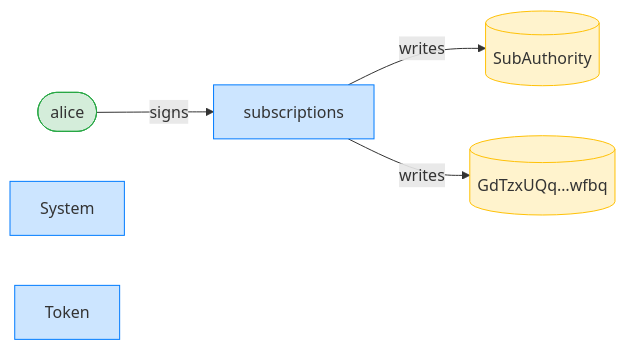
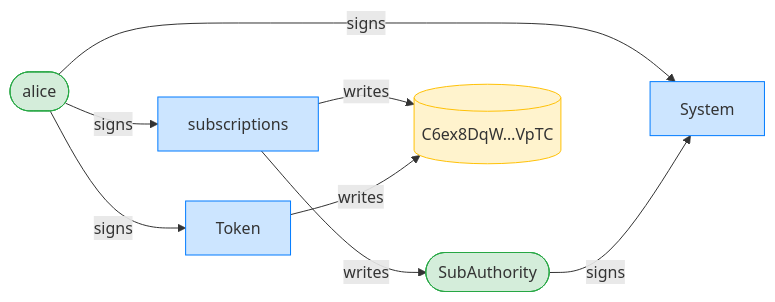
One commit to cds-rs/subscriptions changed the third of 12 diagrams in dsl_tests/a-sponsor-cannot-revoke-an-active-subscription.md. Above: the diagram before and after it, drawn with Mermaid. The commit also changed other lines of this file and 224 other files, not shown here.

````diff
--- a/dsl_tests/a-sponsor-cannot-revoke-an-active-subscription.md
+++ b/dsl_tests/a-sponsor-cannot-revoke-an-active-subscription.md
@@ -55,15 +56,19 @@
 ```mermaid
 flowchart LR
     classDef signer fill:#d4edda,stroke:#28a745;
     classDef program fill:#cce5ff,stroke:#007bff;
     classDef writable fill:#fff3cd,stroke:#ffc107;
     subscriptions[subscriptions]:::program
     alice([alice]):::signer
-    SubAuthority[(SubAuthority)]:::writable
-    GdTzxUQq_wfbq[("GdTzxUQq…wfbq")]:::writable
+    SubAuthority([SubAuthority]):::signer
+    C6ex8DqW_VpTC[("C6ex8DqW…VpTC")]:::writable
     System[System]:::program
     Token[Token]:::program
     alice -->|signs| subscriptions
+    alice -->|signs| System
+    SubAuthority -->|signs| System
+    alice -->|signs| Token
     subscriptions -->|writes| SubAuthority
-    subscriptions -->|writes| GdTzxUQq_wfbq
+    subscriptions -->|writes| C6ex8DqW_VpTC
+    Token -->|writes| C6ex8DqW_VpTC
 ```
````
